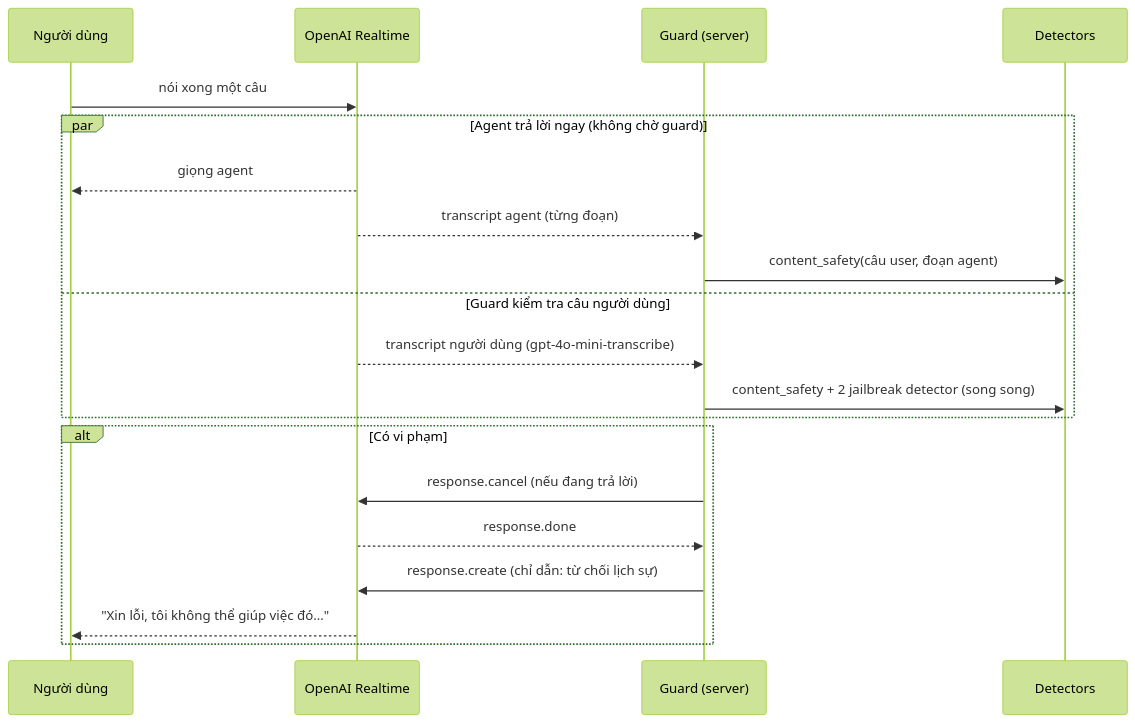
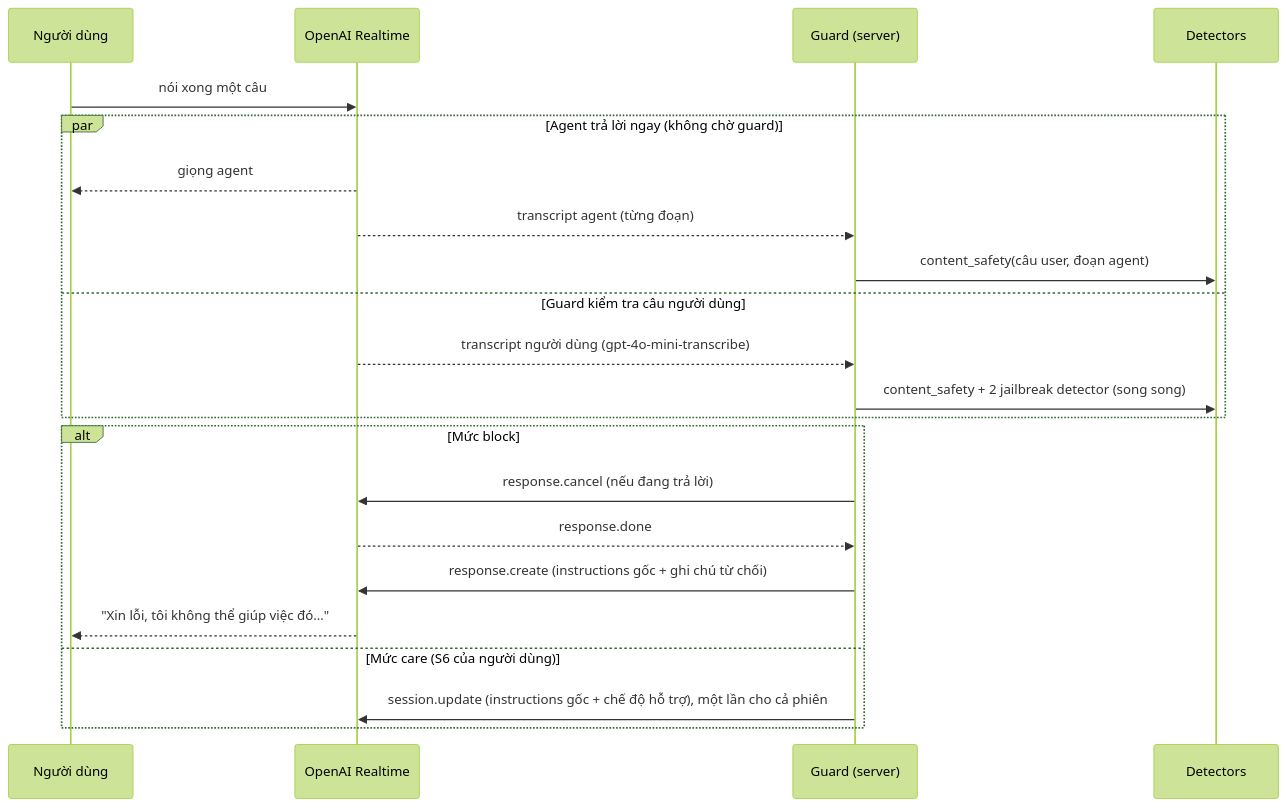
Before and after one commit to AT190323-hoang/meetai: the diagram in docs/safety-guard.md, drawn with Mermaid (forest theme). The commit also changed other lines of this file and 4 other files, not shown here.

````diff
--- a/docs/safety-guard.md
+++ b/docs/safety-guard.md
@@ -49,23 +49,25 @@
 ```mermaid
 sequenceDiagram
     participant U as Người dùng
     participant O as OpenAI Realtime
     participant G as Guard (server)
     participant D as Detectors
 
     U->>O: nói xong một câu
     par Agent trả lời ngay (không chờ guard)
         O-->>U: giọng agent
         O-->>G: transcript agent (từng đoạn)
         G->>D: content_safety(câu user, đoạn agent)
     and Guard kiểm tra câu người dùng
         O-->>G: transcript người dùng (gpt-4o-mini-transcribe)
         G->>D: content_safety + 2 jailbreak detector (song song)
     end
-    alt Có vi phạm
+    alt Mức block
         G->>O: response.cancel (nếu đang trả lời)
         O-->>G: response.done
-        G->>O: response.create (chỉ dẫn: từ chối lịch sự)
+        G->>O: response.create (instructions gốc + ghi chú từ chối)
         O-->>U: "Xin lỗi, tôi không thể giúp việc đó…"
+    else Mức care (S6 của người dùng)
+        G->>O: session.update (instructions gốc + chế độ hỗ trợ), một lần cho cả phiên
     end
 ```
````
